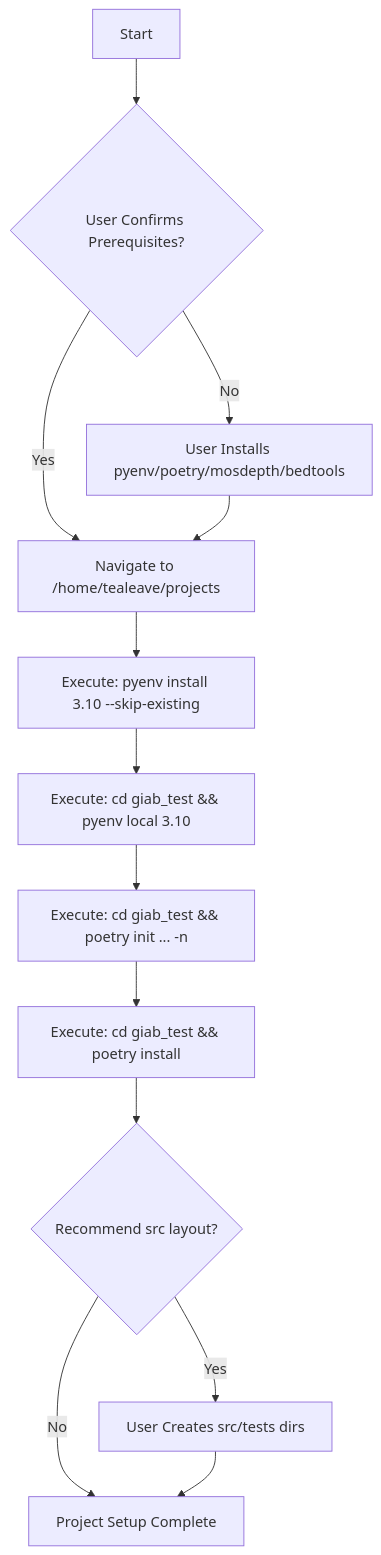
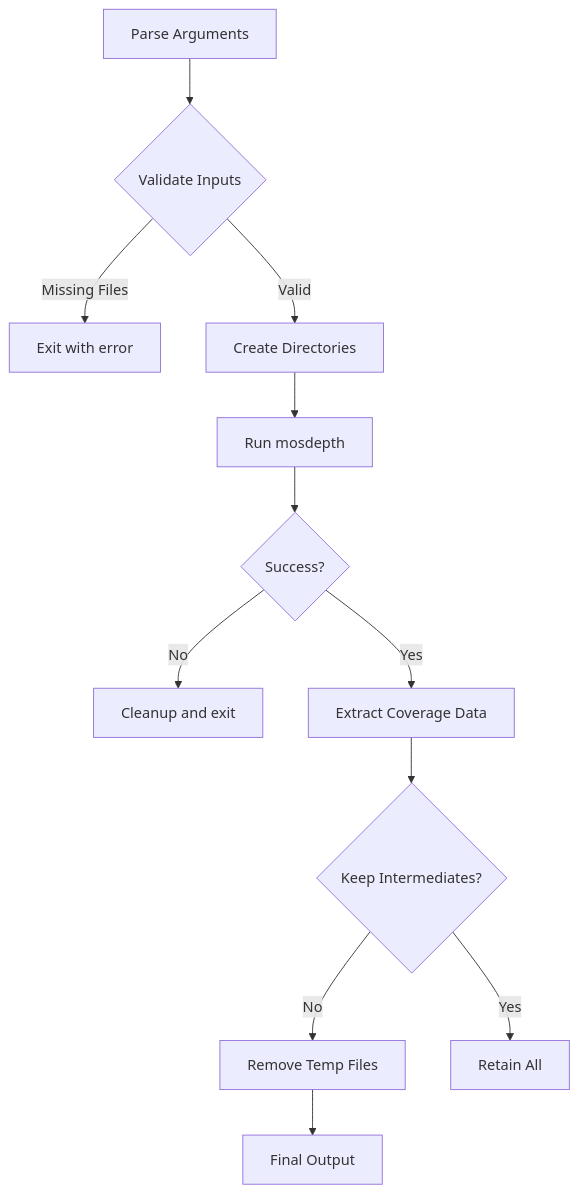
Before and after one commit to tealeave/giab_test: the diagram in SETUP_PLAN.md, drawn with Mermaid. The commit also changed other lines of this file and 7 other files, not shown here.

````diff
--- a/SETUP_PLAN.md
+++ b/SETUP_PLAN.md
@@ -31,15 +11,14 @@
 ```mermaid
 graph TD
-    A[Start] --> B{User Confirms Prerequisites?};
-    B -- Yes --> C[Navigate to /home/tealeave/projects];
-    B -- No --> D[User Installs pyenv/poetry/mosdepth/bedtools];
-    D --> C;
-    C --> E[Execute: pyenv install 3.10 --skip-existing];
-    E --> F[Execute: cd giab_test && pyenv local 3.10];
-    F --> G[Execute: cd giab_test && poetry init ... -n];
-    G --> H[Execute: cd giab_test && poetry install];
-    H --> I{Recommend src layout?};
-    I -- Yes --> J[User Creates src/tests dirs];
-    I -- No --> K[Project Setup Complete];
-    J --> K;
+    A[Parse Arguments] --> B{Validate Inputs}
+    B -->|Missing Files| C[Exit with error]
+    B -->|Valid| D[Create Directories]
+    D --> E[Run mosdepth]
+    E --> F{Success?}
+    F -->|No| G[Cleanup and exit]
+    F -->|Yes| H[Extract Coverage Data]
+    H --> I{Keep Intermediates?}
+    I -->|No| J[Remove Temp Files]
+    I -->|Yes| K[Retain All]
+    J --> L[Final Output]
 ```
````
